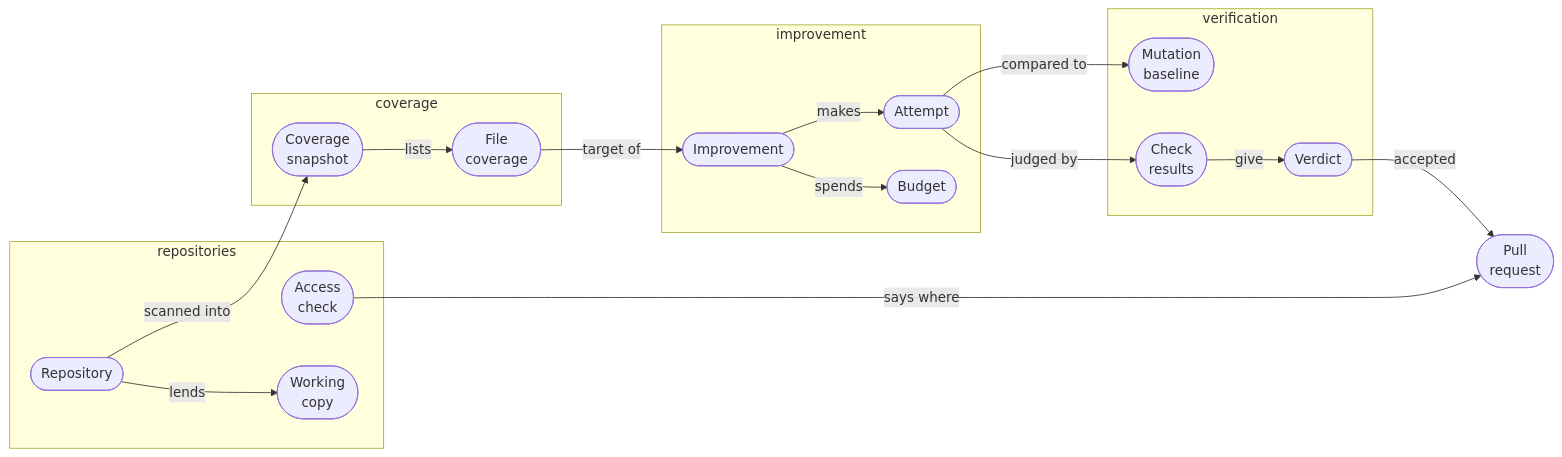
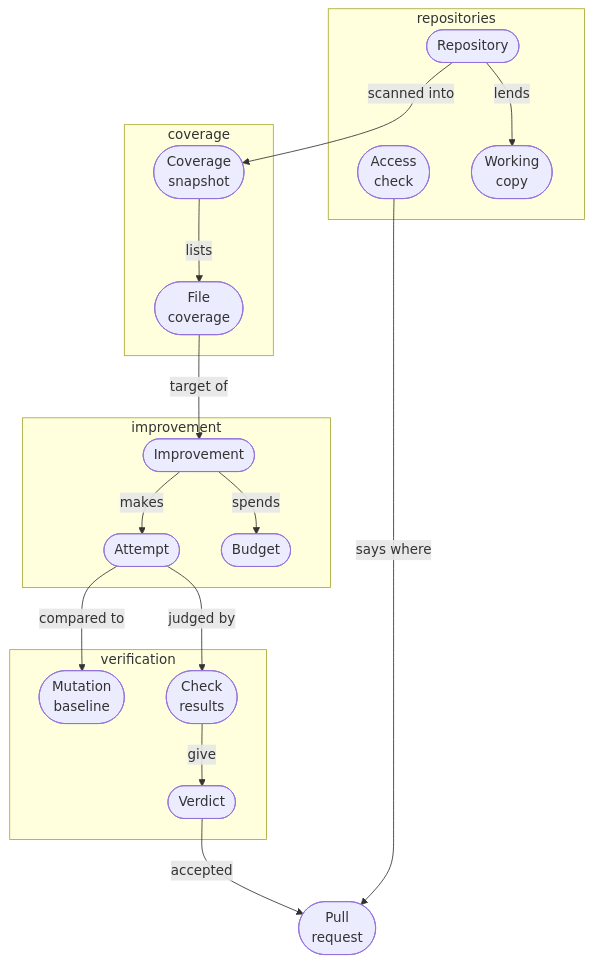
One commit to daitkhev/coverage-autopilot changed the first of 2 diagrams in README.md. Above: the diagram before and after it, drawn with Mermaid. The commit also changed other lines of this file, not shown here.

Commit message:
docs: keep the kill rate readable and the domain diagram large on the host

````diff
--- a/README.md
+++ b/README.md
@@ -157,34 +157,34 @@
 ```mermaid
-flowchart LR
+flowchart TB
   subgraph repositories
     Repo(["Repository"])
     Access(["Access<br/>check"])
     Copy(["Working<br/>copy"])
   end
   subgraph coverage
     Snap(["Coverage<br/>snapshot"])
     File(["File<br/>coverage"])
   end
   subgraph improvement
     Imp(["Improvement"])
     Att(["Attempt"])
     Bud(["Budget"])
   end
   subgraph verification
     Base(["Mutation<br/>baseline"])
     Chk(["Check<br/>results"])
     Ver(["Verdict"])
   end
   PR(["Pull<br/>request"])
   Repo -- scanned into --> Snap
   Snap -- lists --> File
   File -- target of --> Imp
   Repo -- lends --> Copy
   Imp -- spends --> Bud
   Imp -- makes --> Att
   Att -- compared to --> Base
   Att -- judged by --> Chk
   Chk -- give --> Ver
   Ver -- accepted --> PR
   Access -- says where --> PR
 ```
````
